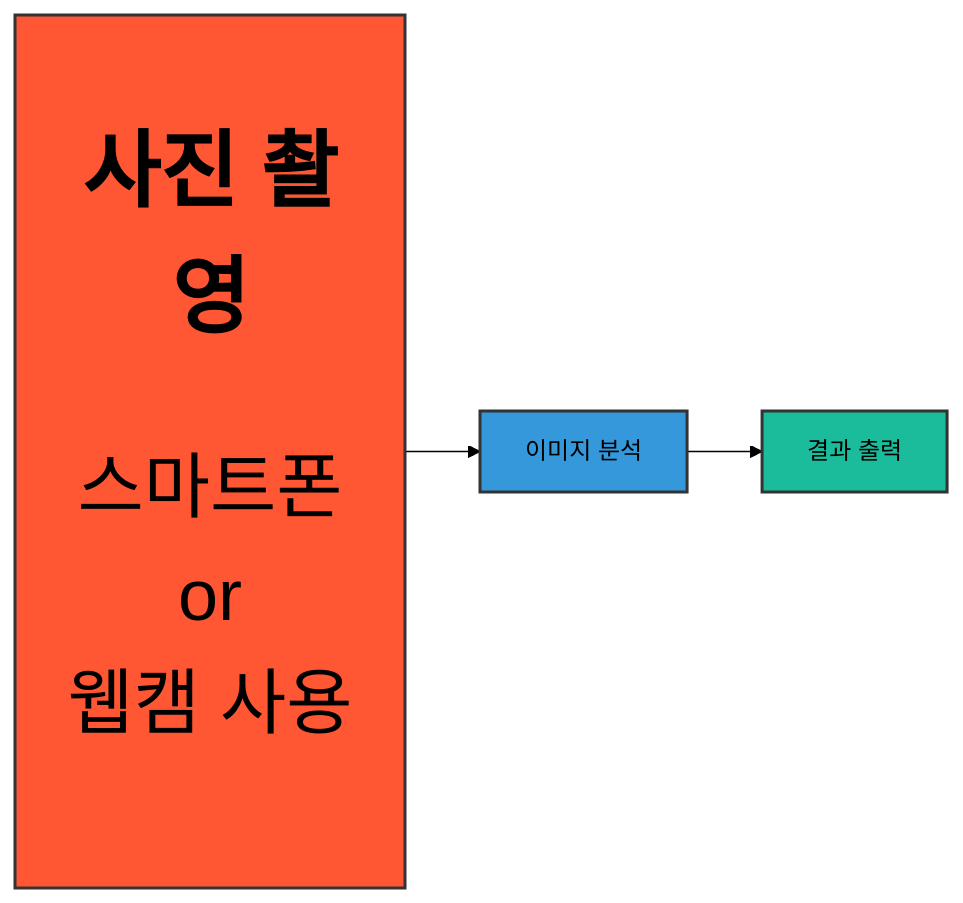
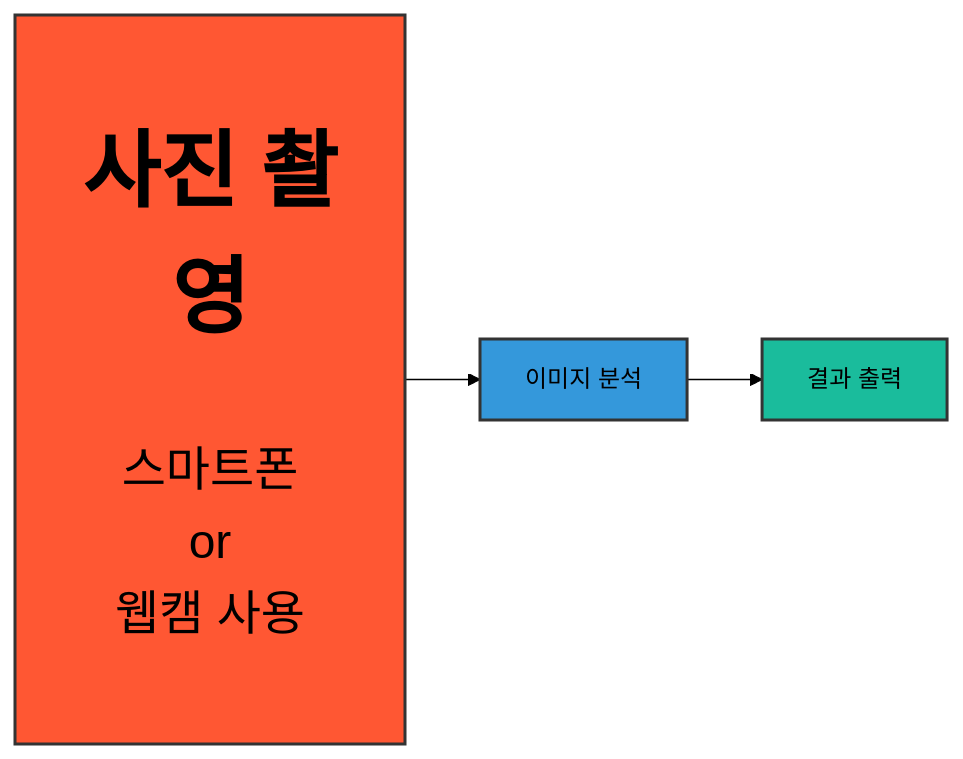
The diagram in Readme.md (201710808/-p), drawn with Mermaid (forest theme) before and after one commit.

````diff
--- a/Readme.md
+++ b/Readme.md
@@ -3,10 +3,10 @@
 ```mermaid
 graph LR
-A[<br><br><b><span style='font-size:56px'>사진 촬영</span></b>\n\n\n<span style='font-size:48px'>스마트폰\nor\n웹캠 사용<br><br>] --> B[이미지 분석]
+A[<br><br><b><span style='font-size:56px'>사진 촬영</span></b>\n\n\n<span style='font-size:32px'>스마트폰\nor\n웹캠 사용<br><br>] --> B[이미지 분석]
 B --> C[결과 출력]
 
 style A fill:#FF5733,stroke:#333,stroke-width:2px
 style B fill:#3498db,stroke:#333,stroke-width:2px
 style C fill:#1abc9c,stroke:#333,stroke-width:2px
 
 ```
````
